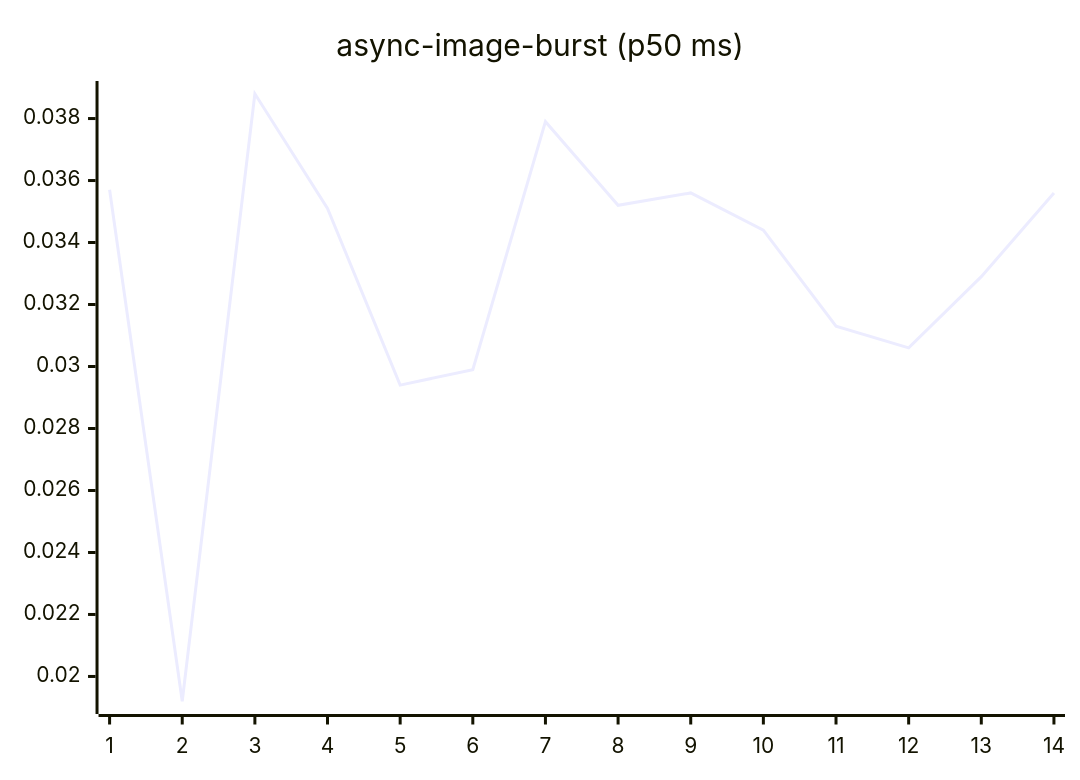
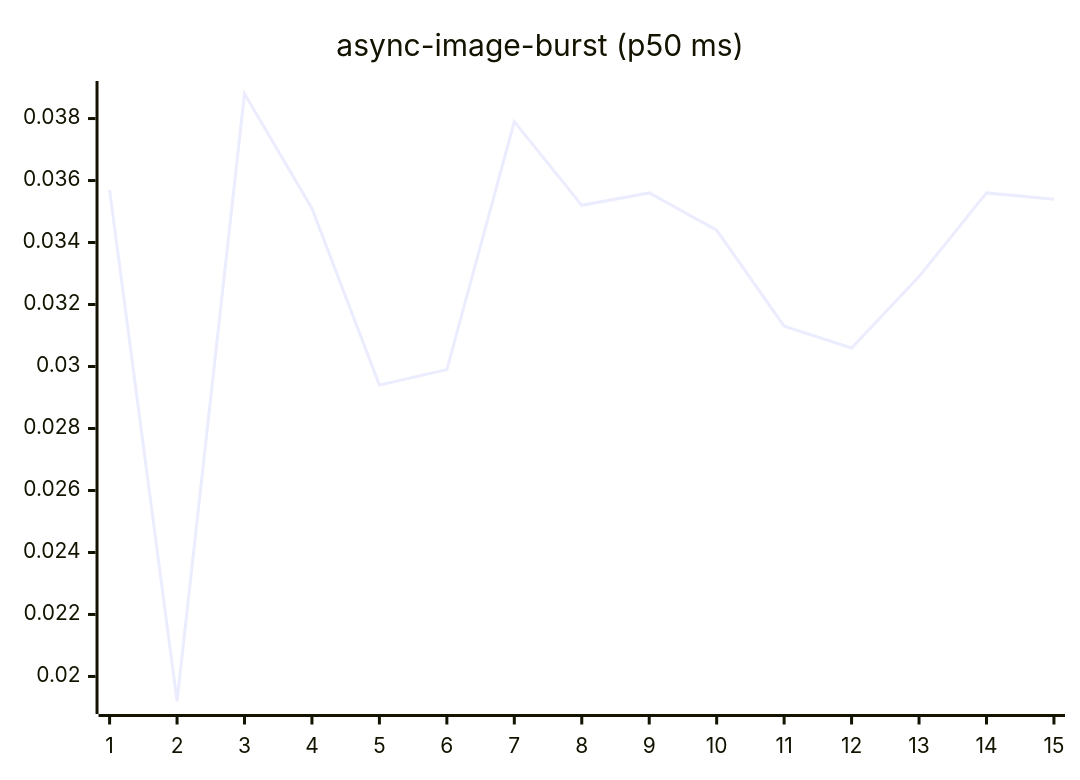
The fourth of 27 diagrams in README.md (josha/Facet), drawn with Mermaid before and after one commit. The commit also changed other lines of this file and 2 other files, not shown here.

````diff
--- a/README.md
+++ b/README.md
@@ -84,6 +84,6 @@
 ```mermaid
 xychart-beta
     title "async-image-burst (p50 ms)"
-    x-axis 1 --> 14
-    line [0.0357, 0.0192, 0.0388, 0.0351, 0.0294, 0.0299, 0.0379, 0.0352, 0.0356, 0.0344, 0.0313, 0.0306, 0.0329, 0.0356]
+    x-axis 1 --> 15
+    line [0.0357, 0.0192, 0.0388, 0.0351, 0.0294, 0.0299, 0.0379, 0.0352, 0.0356, 0.0344, 0.0313, 0.0306, 0.0329, 0.0356, 0.0354]
 ```
````
